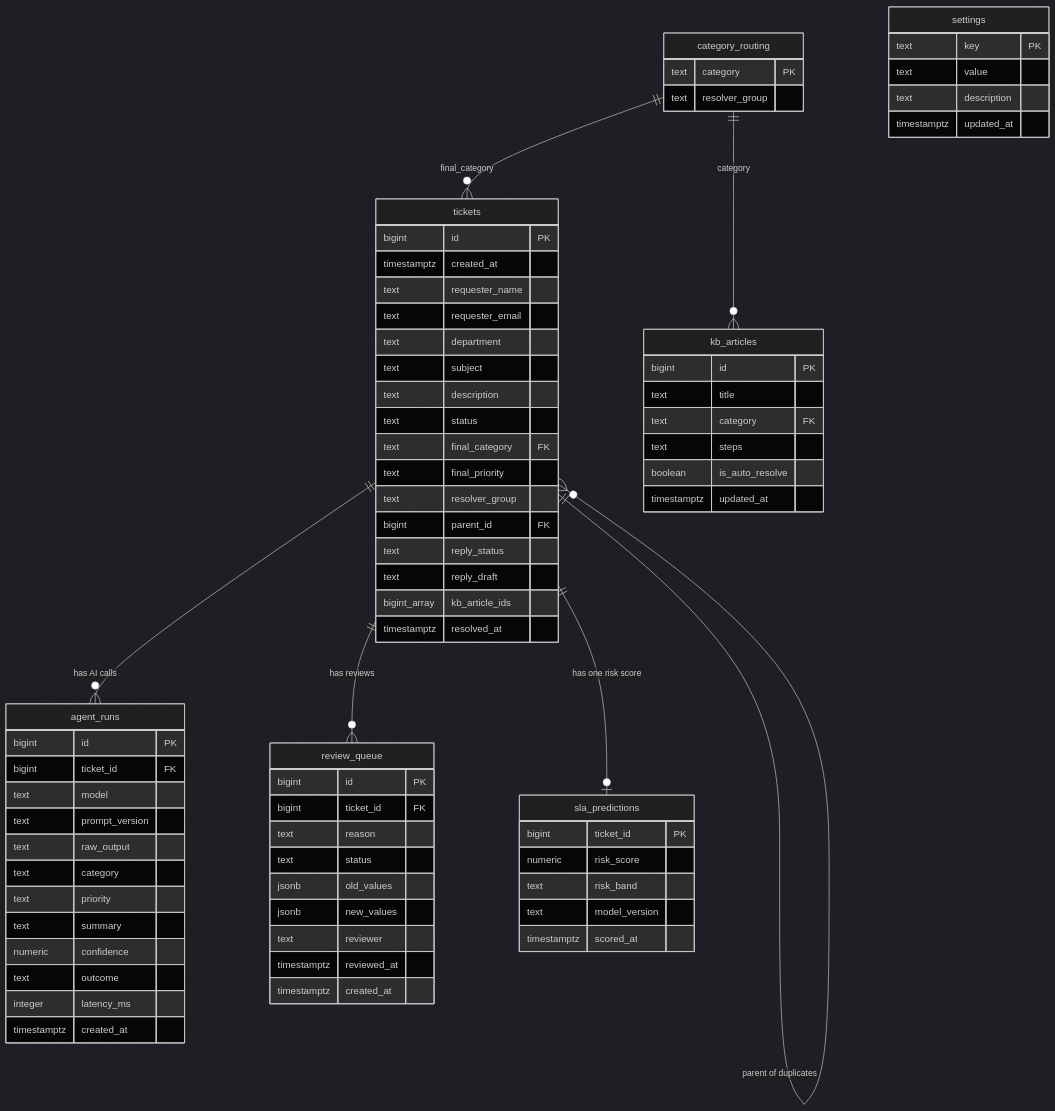
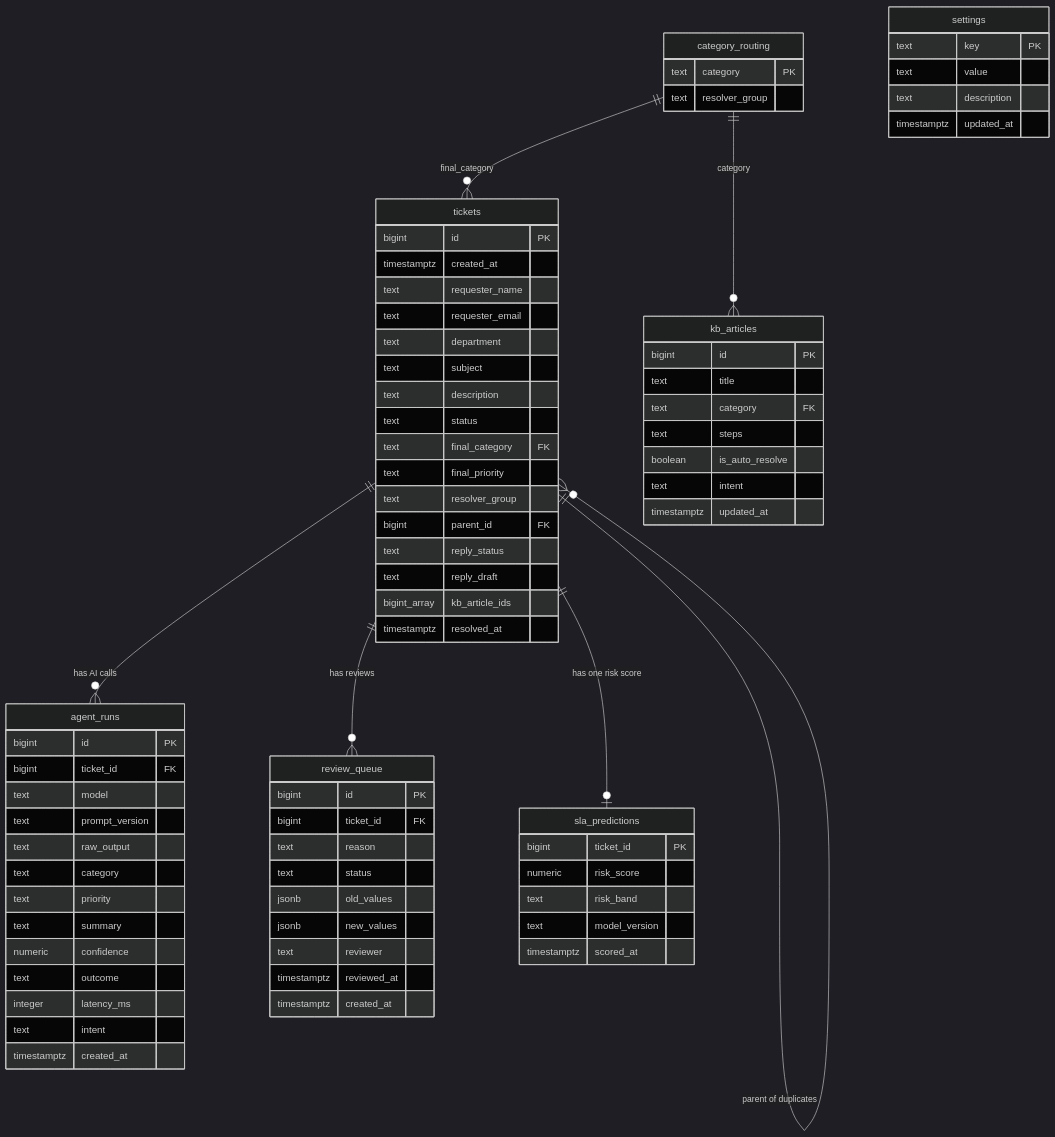
The diagram in sql/README.md (shikharnigam23-1/ai-service-desk-agent), drawn with Mermaid (dark theme) before and after one commit. The commit also changed other lines of this file and 6 other files, not shown here.

````diff
--- a/sql/README.md
+++ b/sql/README.md
@@ -22,78 +24,80 @@
 ```mermaid
 erDiagram
     tickets ||--o{ agent_runs : "has AI calls"
     tickets ||--o{ review_queue : "has reviews"
     tickets ||--o| sla_predictions : "has one risk score"
     tickets ||--o{ tickets : "parent of duplicates"
     category_routing ||--o{ tickets : "final_category"
     category_routing ||--o{ kb_articles : "category"
 
     tickets {
         bigint id PK
         timestamptz created_at
         text requester_name
         text requester_email
         text department
         text subject
         text description
         text status
         text final_category FK
         text final_priority
         text resolver_group
         bigint parent_id FK
         text reply_status
         text reply_draft
         bigint_array kb_article_ids
         timestamptz resolved_at
     }
     agent_runs {
         bigint id PK
         bigint ticket_id FK
         text model
         text prompt_version
         text raw_output
         text category
         text priority
         text summary
         numeric confidence
         text outcome
         integer latency_ms
+        text intent
         timestamptz created_at
     }
     review_queue {
         bigint id PK
         bigint ticket_id FK
         text reason
         text status
         jsonb old_values
         jsonb new_values
         text reviewer
         timestamptz reviewed_at
         timestamptz created_at
     }
     kb_articles {
         bigint id PK
         text title
         text category FK
         text steps
         boolean is_auto_resolve
+        text intent
         timestamptz updated_at
     }
     category_routing {
         text category PK
         text resolver_group
     }
     sla_predictions {
         bigint ticket_id PK
         numeric risk_score
         text risk_band
         text model_version
         timestamptz scored_at
     }
     settings {
         text key PK
         text value
         text description
         timestamptz updated_at
     }
 ```
````
